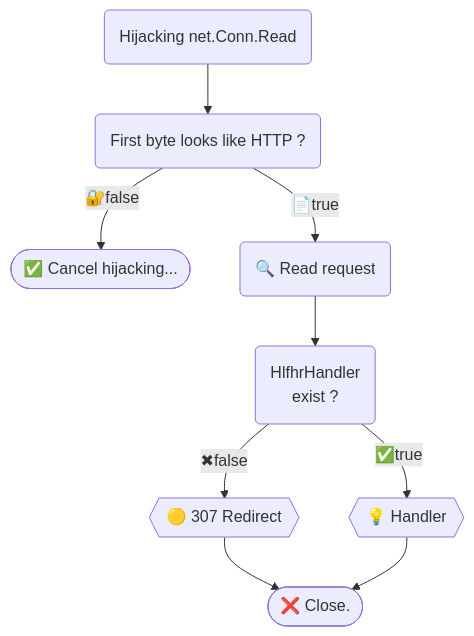
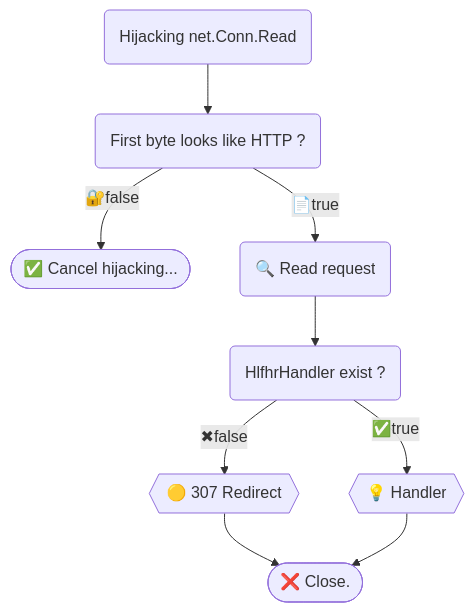
Before and after one commit to bddjr/hlfhr: the diagram in README.md, drawn with Mermaid. The commit also changed 2 other files, not shown here.

Commit message:
github workflows

````diff
--- a/README.md
+++ b/README.md
@@ -39,26 +39,24 @@
 ```mermaid
 flowchart TD
 	Read("Hijacking net.Conn.Read")
 
 	IsLooksLikeHTTP("First byte looks like HTTP ?")
 
 	CancelHijacking(["✅ Cancel hijacking..."])
 
 	ReadRequest("🔍 Read request")
 
-	IsHandlerExist("`
-	HlfhrHandler
-	exist ?`")
+	IsHandlerExist("HlfhrHandler exist ?")
 
 	Redirect{{"🟡 307 Redirect"}}
 
 	Handler{{"💡 Handler"}}
 
 	Close(["❌ Close."])
 
     Read --> IsLooksLikeHTTP
     IsLooksLikeHTTP -- "🔐false" --> CancelHijacking
     IsLooksLikeHTTP -- "📄true" --> ReadRequest --> IsHandlerExist
 	IsHandlerExist -- "✖false" --> Redirect --> Close
 	IsHandlerExist -- "✅true" --> Handler --> Close
 ```
````
